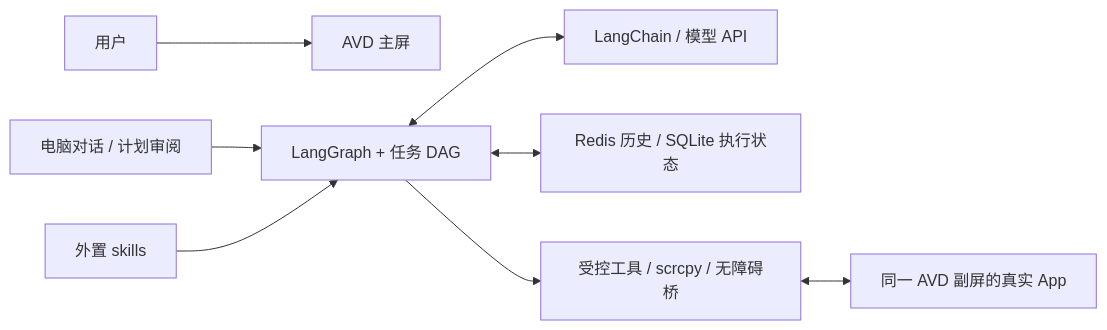
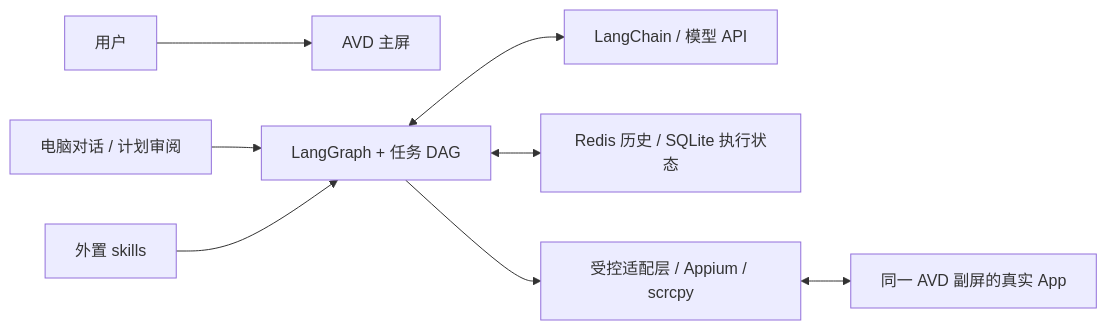
Before and after one commit to Youkinaa/wellphone: the diagram in README.md, drawn with Mermaid. The commit also changed other lines of this file and 5 other files, not shown here.

````diff
--- a/README.md
+++ b/README.md
@@ -7,10 +7,10 @@
 ```mermaid
 flowchart LR
     U[用户] --> MAIN[AVD 主屏]
     C[电脑对话 / 计划审阅] --> G[LangGraph + 任务 DAG]
     S[外置 skills] --> G
     G <--> L[LangChain / 模型 API]
     G <--> R[Redis 历史 / SQLite 执行状态]
-    G --> T[受控工具 / scrcpy / 无障碍桥]
+    G --> T[受控适配层 / Appium / scrcpy]
     T <--> SUB[同一 AVD 副屏的真实 App]
 ```
````
